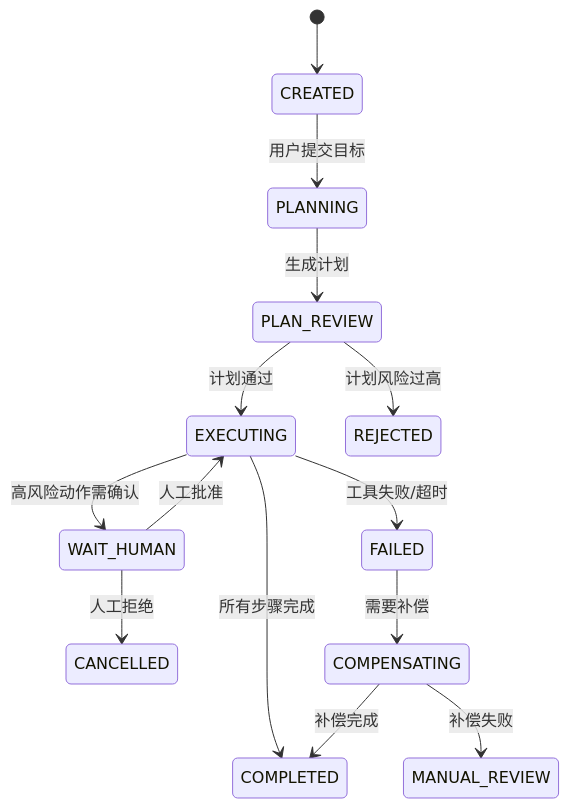
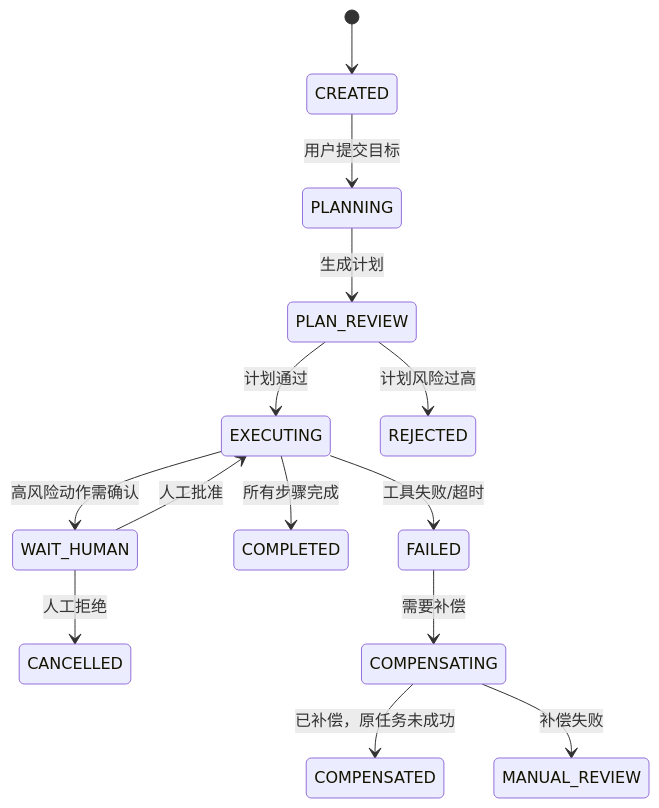
One commit to GuoWWWX/knowledge-base changed the second of 3 diagrams in 10-AI应用开发/08-项目实战/07-项目-业务Agent系统.md. Above: the diagram before and after it, drawn with Mermaid. The commit also changed other lines of this file and 251 other files, not shown here.

````diff
--- a/10-AI应用开发/08-项目实战/07-项目-业务Agent系统.md
+++ b/10-AI应用开发/08-项目实战/07-项目-业务Agent系统.md
@@ -85,16 +86,16 @@
 ```mermaid
 stateDiagram-v2
     [*] --> CREATED
     CREATED --> PLANNING: 用户提交目标
     PLANNING --> PLAN_REVIEW: 生成计划
     PLAN_REVIEW --> EXECUTING: 计划通过
     PLAN_REVIEW --> REJECTED: 计划风险过高
     EXECUTING --> WAIT_HUMAN: 高风险动作需确认
     WAIT_HUMAN --> EXECUTING: 人工批准
     WAIT_HUMAN --> CANCELLED: 人工拒绝
     EXECUTING --> COMPLETED: 所有步骤完成
     EXECUTING --> FAILED: 工具失败/超时
     FAILED --> COMPENSATING: 需要补偿
-    COMPENSATING --> COMPLETED: 补偿完成
+    COMPENSATING --> COMPENSATED: 已补偿，原任务未成功
     COMPENSATING --> MANUAL_REVIEW: 补偿失败
 ```
````
